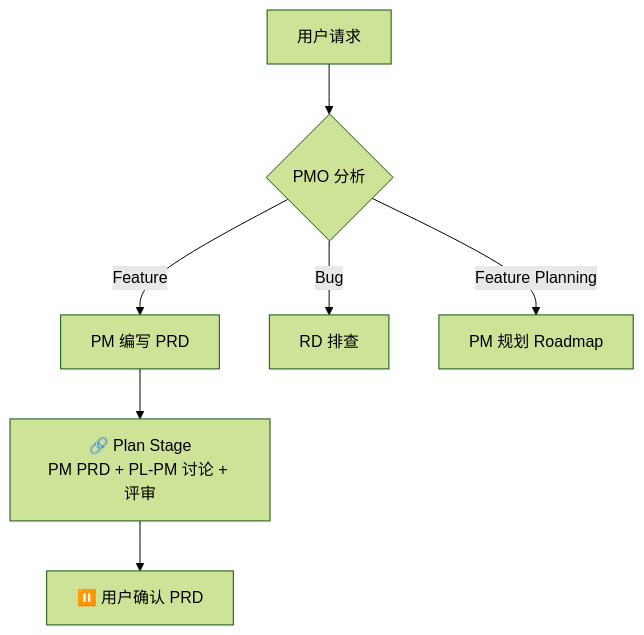
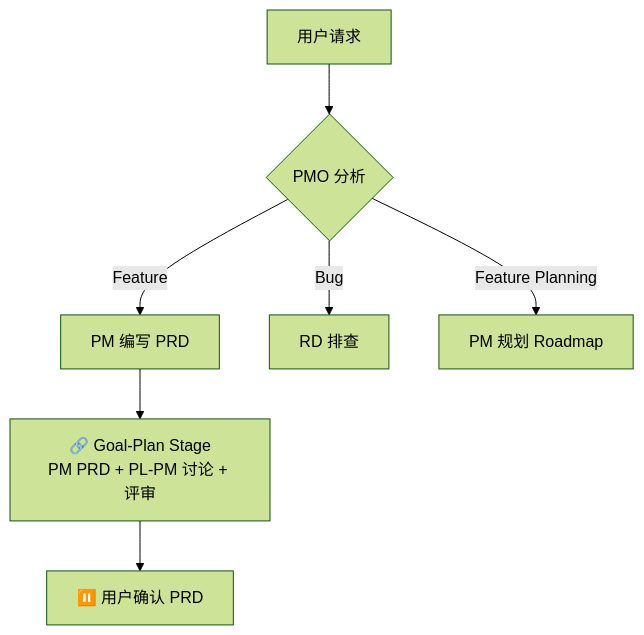
One commit to okteam99/teamwork changed the diagram in skills/teamwork/standards/common.md. Above: the diagram before and after it, drawn with Mermaid (forest theme). The commit also changed other lines of this file and 66 other files, not shown here.

First line of the commit message:
feat(teamwork/v7.3.10+P0-65): triage/goal-plan stages, claude-agents, single-source standards

````diff
--- a/skills/teamwork/standards/common.md
+++ b/skills/teamwork/standards/common.md
@@ -685,9 +706,9 @@
 ```mermaid
 flowchart TD
     A[用户请求] --> B{PMO 分析}
     B -->|Feature| C[PM 编写 PRD]
     B -->|Bug| D[RD 排查]
     B -->|Feature Planning| E[PM 规划 Roadmap]
-    C --> C2[🔗 Plan Stage<br/>PM PRD + PL-PM 讨论 + 评审]
+    C --> C2[🔗 Goal-Plan Stage<br/>PM PRD + PL-PM 讨论 + 评审]
     C2 --> G[⏸️ 用户确认 PRD]
 ```
````
